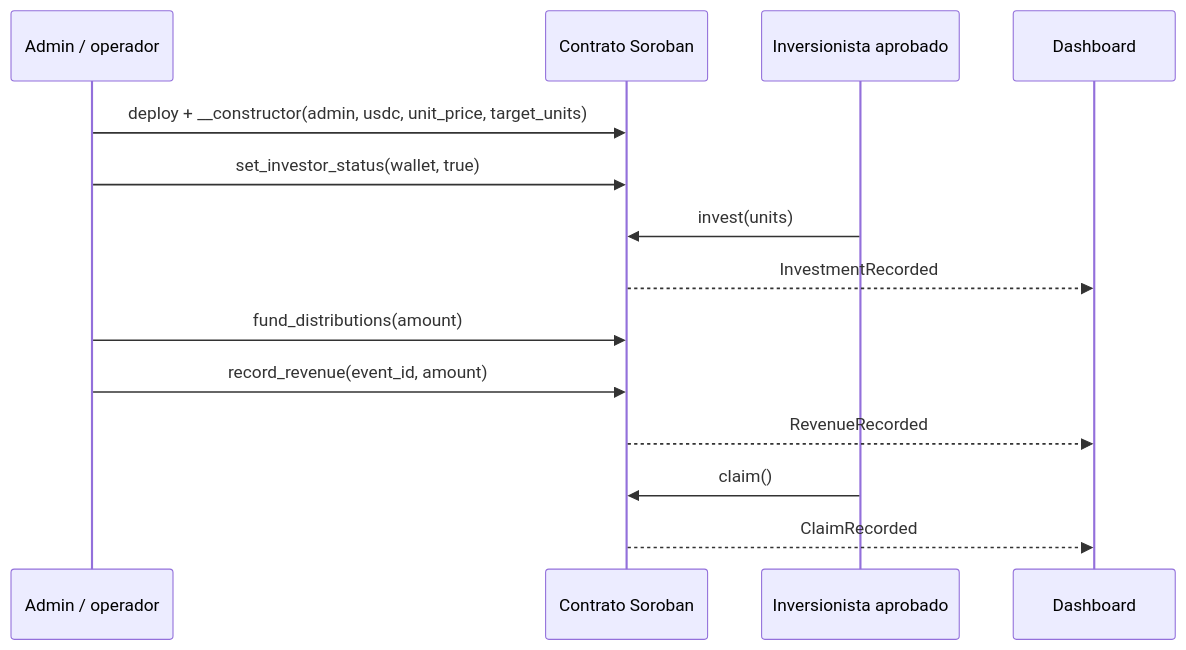
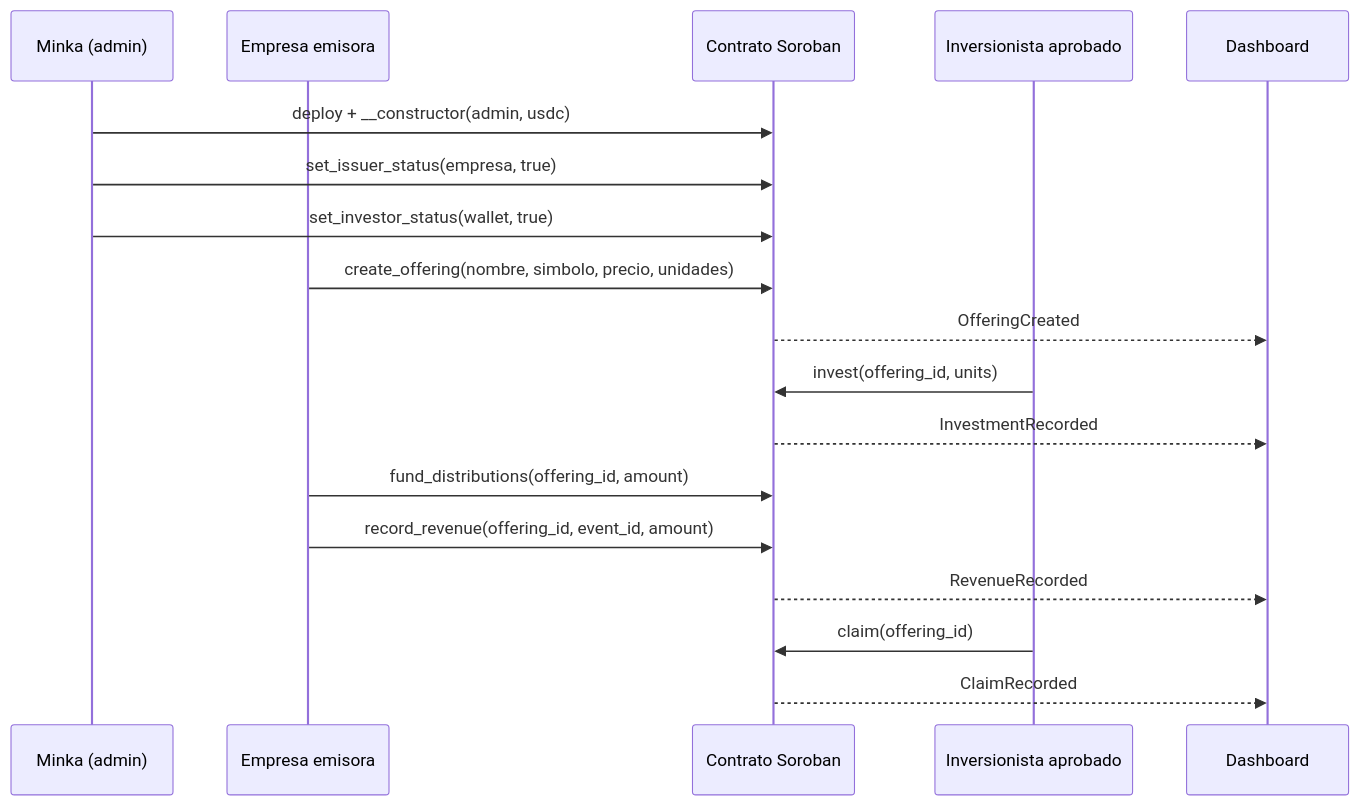
The diagram in README.md (giano-montano/minka-capital), drawn with Mermaid before and after one commit. The commit also changed other lines of this file and 19 other files, not shown here.

First line of the commit message:
feat: multi-offering platform where companies publish and price offerings

````diff
--- a/README.md
+++ b/README.md
@@ -19,17 +27,21 @@
 ```mermaid
 sequenceDiagram
-    participant A as Admin / operador
+    participant M as Minka (admin)
+    participant E as Empresa emisora
     participant C as Contrato Soroban
     participant I as Inversionista aprobado
     participant D as Dashboard
 
-    A->>C: deploy + __constructor(admin, usdc, unit_price, target_units)
-    A->>C: set_investor_status(wallet, true)
-    I->>C: invest(units)
+    M->>C: deploy + __constructor(admin, usdc)
+    M->>C: set_issuer_status(empresa, true)
+    M->>C: set_investor_status(wallet, true)
+    E->>C: create_offering(nombre, simbolo, precio, unidades)
+    C-->>D: OfferingCreated
+    I->>C: invest(offering_id, units)
     C-->>D: InvestmentRecorded
-    A->>C: fund_distributions(amount)
-    A->>C: record_revenue(event_id, amount)
+    E->>C: fund_distributions(offering_id, amount)
+    E->>C: record_revenue(offering_id, event_id, amount)
     C-->>D: RevenueRecorded
-    I->>C: claim()
+    I->>C: claim(offering_id)
     C-->>D: ClaimRecorded
 ```
````
